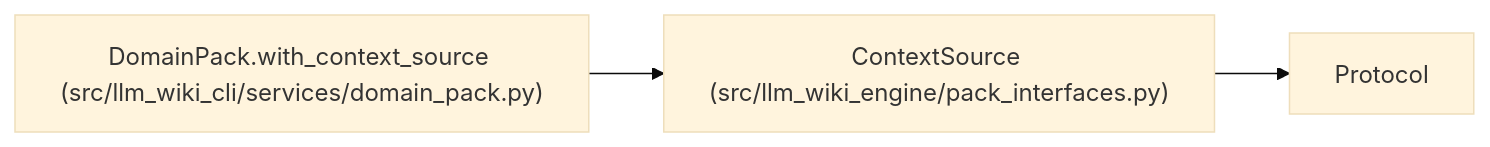
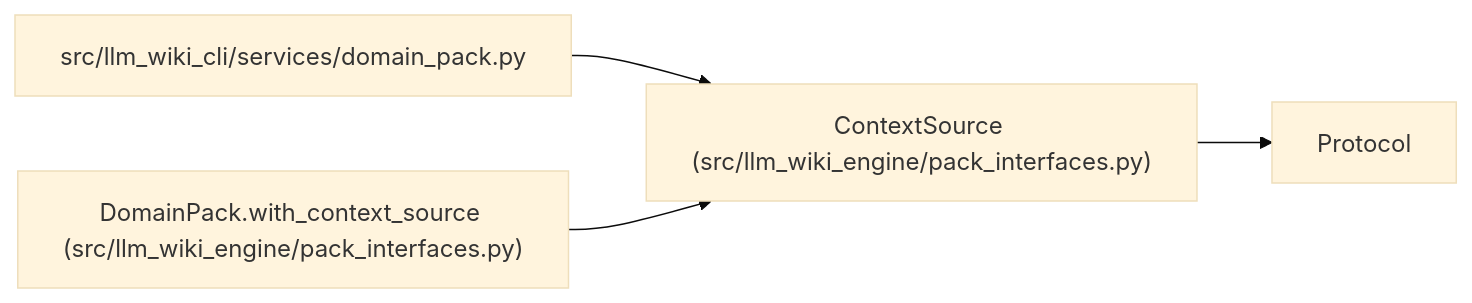
The diagram in docs/llm_wiki/entities/ContextSource.md (Denissvgn/python-wiki-llm), drawn with Mermaid (base theme) before and after one commit. The commit also changed other lines of this file and 719 other files, not shown here.

Commit message:
docs: refresh the wiki for the engine's own use cases

````diff
--- a/docs/llm_wiki/entities/ContextSource.md
+++ b/docs/llm_wiki/entities/ContextSource.md
@@ -28,10 +28,13 @@
 ```mermaid
 flowchart LR
     n0["ContextSource (src/llm_wiki_engine/pack_interfaces.py)"]
     n1["Protocol"]
-    n2["DomainPack.with_context_source (src/llm_wiki_cli/services/domain_pack.py)"]
+    n2["src/llm_wiki_cli/services/domain_pack.py"]
+    n3["DomainPack.with_context_source (src/llm_wiki_engine/pack_interfaces.py)"]
     n0 --> n1
     n2 --> n0
+    n3 --> n0
     click n0 "../modules/pack_interfaces.md"
     click n2 "../modules/domain_pack.md"
+    click n3 "../modules/pack_interfaces.md"
 ```
````
